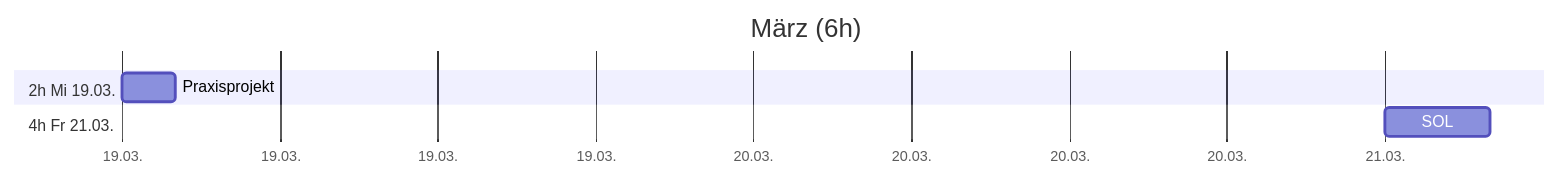
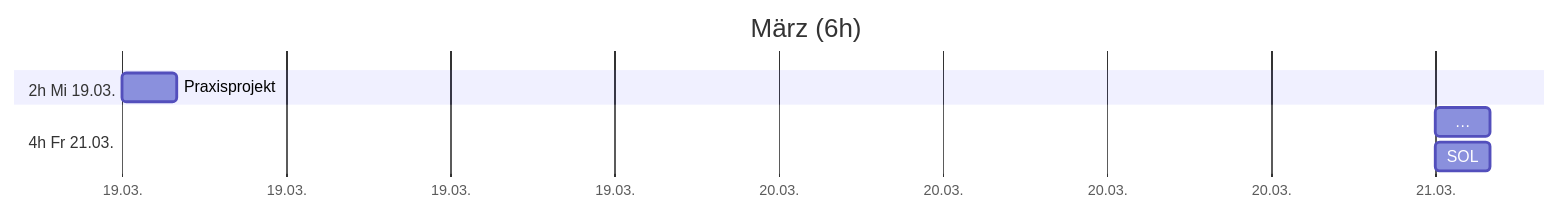
The fifth of 6 diagrams in src/plan.md (passa-wq/LF7), drawn with Mermaid before and after one commit. The commit also changed other lines of this file, not shown here.

````diff
--- a/src/plan.md
+++ b/src/plan.md
@@ -59,10 +65,11 @@
 ```mermaid
 gantt
  title März (6h)
  dateFormat YYYY-MM-DD
  axisFormat %d.%m.
  section 2h Mi 19.03.
   Praxisprojekt               :2025-03-19, 2h
  section 4h Fr 21.03.
-  SOL                         :2025-03-21, 4h
+  …                           :2025-03-21, 2h
+  SOL                         :2025-03-21, 2h
 ```
````
